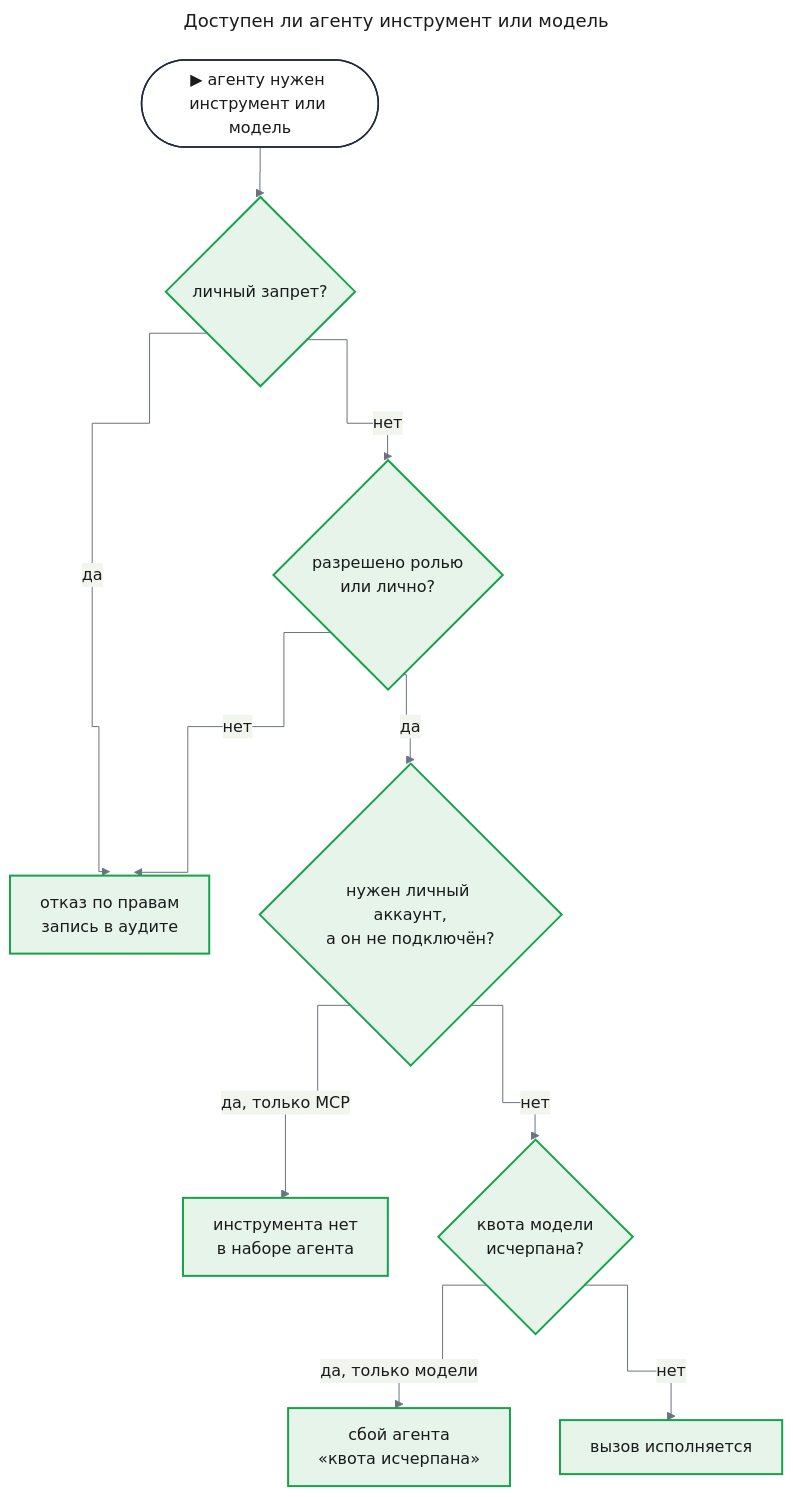
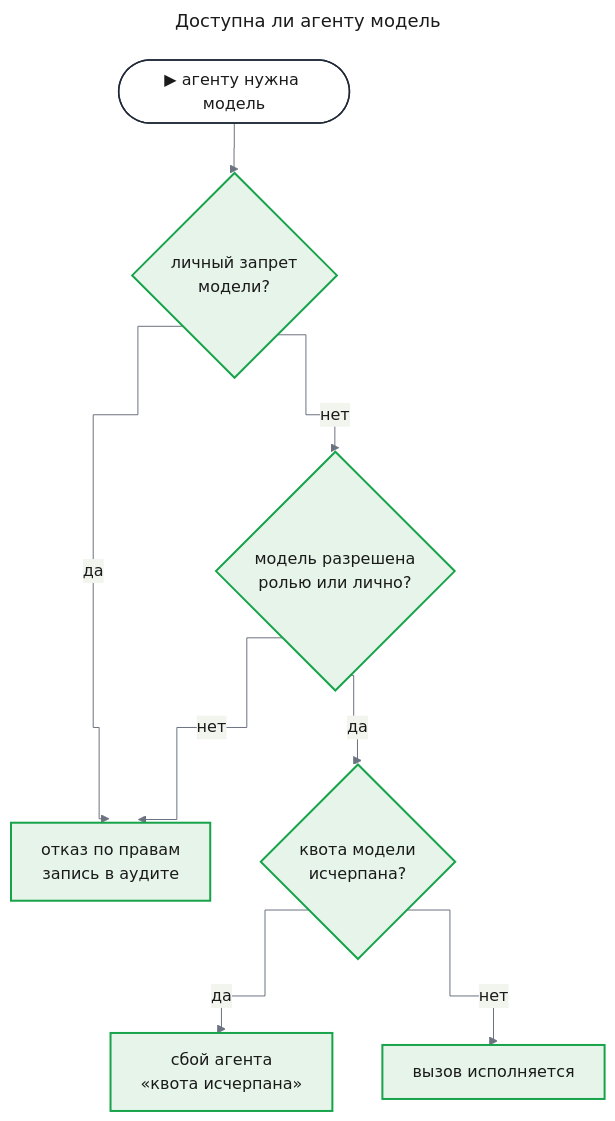
One commit to tundraray/agent-os changed the fourth of 7 diagrams in docs/features/enterprise-access/prd.md. Above: the diagram before and after it, drawn with Mermaid. The commit also changed other lines of this file and 264 other files, not shown here.

````diff
--- a/docs/features/enterprise-access/prd.md
+++ b/docs/features/enterprise-access/prd.md
@@ -175,38 +232,34 @@
 ```mermaid
 ---
-title: "Доступен ли агенту инструмент или модель"
+title: "Доступна ли агенту модель"
 config:
   theme: base
   look: classic
   themeVariables:
     primaryColor: "#eef1f5"
     primaryBorderColor: "#4b5563"
     primaryTextColor: "#1a1a1a"
     lineColor: "#6b7280"
   flowchart:
     curve: step
 ---
 flowchart TD
-    ask(["▶ агенту нужен инструмент или модель"])
-    deny{"личный запрет?"}
-    allow{"разрешено ролью<br/>или лично?"}
-    acct{"нужен личный аккаунт,<br/>а он не подключён?"}
+    ask(["▶ агенту нужна модель"])
+    deny{"личный запрет<br/>модели?"}
+    allow{"модель разрешена<br/>ролью или лично?"}
     quota{"квота модели<br/>исчерпана?"}
     no["отказ по правам<br/>запись в аудите"]
-    hide["инструмента нет<br/>в наборе агента"]
     pause["сбой агента<br/>«квота исчерпана»"]
     go["вызов исполняется"]
     ask --> deny
     deny -->|"да"| no
     deny -->|"нет"| allow
     allow -->|"нет"| no
-    allow -->|"да"| acct
-    acct -->|"да, только MCP"| hide
-    acct -->|"нет"| quota
-    quota -->|"да, только модели"| pause
+    allow -->|"да"| quota
+    quota -->|"да"| pause
     quota -->|"нет"| go
     classDef entry fill:#ffffff,stroke:#1f2937,stroke-width:1.5px,color:#1a1a1a
     classDef new fill:#e6f4ea,stroke:#16a34a,stroke-width:2px,color:#1a1a1a
     class ask entry
-    class deny,allow,acct,quota,no,hide,pause,go new
+    class deny,allow,quota,no,pause,go new
 ```
````
